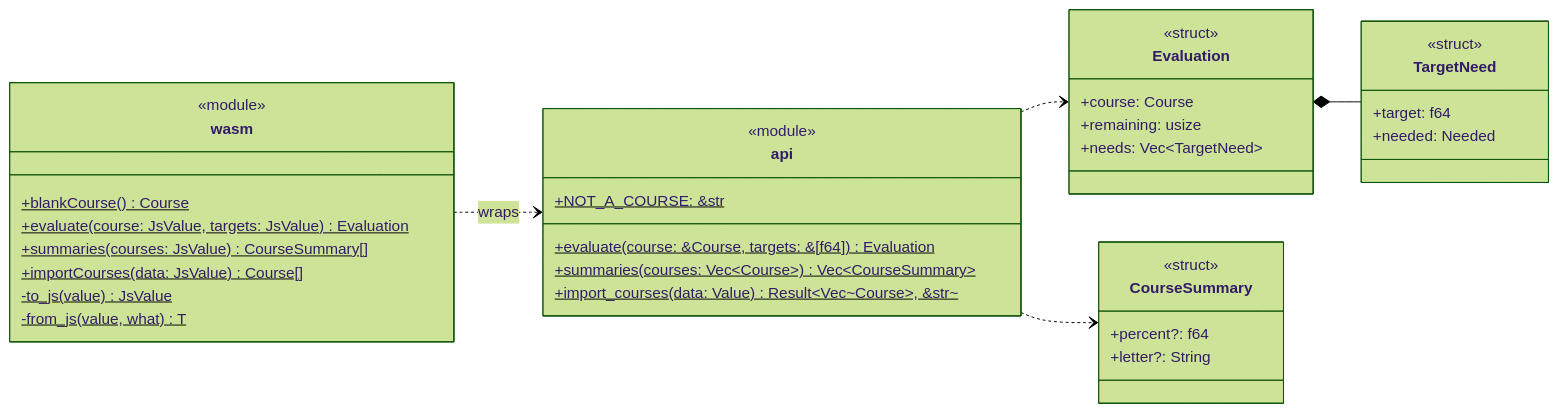
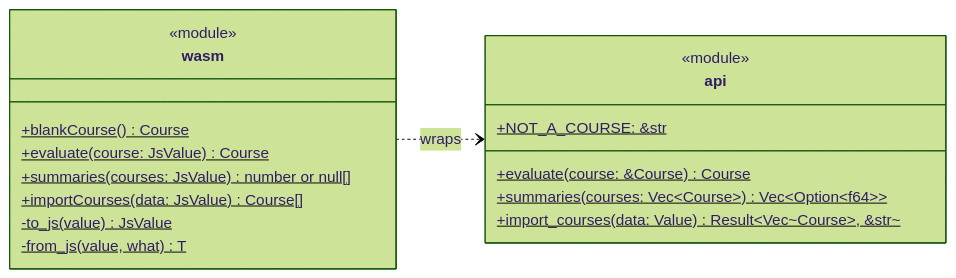
One commit to Patman1O1/grade-calculator changed the fifth of 8 diagrams in docs/uml.md. Above: the diagram before and after it, drawn with Mermaid (forest theme). The commit also changed other lines of this file and 11 other files, not shown here.

````diff
--- a/docs/uml.md
+++ b/docs/uml.md
@@ -263,40 +241,21 @@
 ```mermaid
 classDiagram
   direction LR
   class wasm {
     <<module>>
     +blankCourse()$ Course
-    +evaluate(course: JsValue, targets: JsValue)$ Evaluation
-    +summaries(courses: JsValue)$ CourseSummary[]
+    +evaluate(course: JsValue)$ Course
+    +summaries(courses: JsValue)$ number or null[]
     +importCourses(data: JsValue)$ Course[]
     -to_js(value)$ JsValue
     -from_js(value, what)$ T
   }
   class api {
     <<module>>
     +NOT_A_COURSE: &str$
-    +evaluate(course: &Course, targets: &[f64])$ Evaluation
-    +summaries(courses: Vec~Course~)$ Vec~CourseSummary~
+    +evaluate(course: &Course)$ Course
+    +summaries(courses: Vec~Course~)$ Vec~Option~f64~~
     +import_courses(data: Value)$ Result~Vec~Course~, &str~
   }
-  class Evaluation {
-    <<struct>>
-    +course: Course
-    +remaining: usize
-    +needs: Vec~TargetNeed~
-  }
-  class TargetNeed {
-    <<struct>>
-    +target: f64
-    +needed: Needed
-  }
-  class CourseSummary {
-    <<struct>>
-    +percent?: f64
-    +letter?: String
-  }
   wasm ..> api : wraps
-  api ..> Evaluation
-  Evaluation *-- TargetNeed
-  api ..> CourseSummary
 ```
````
